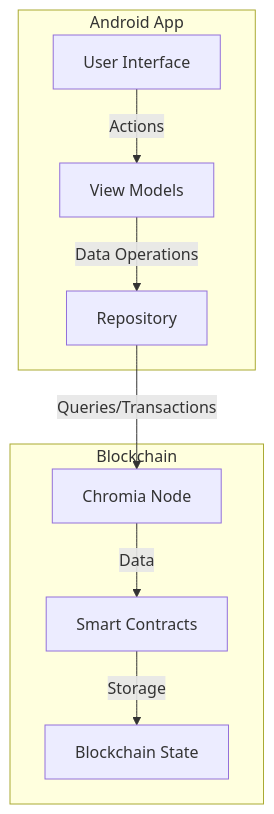
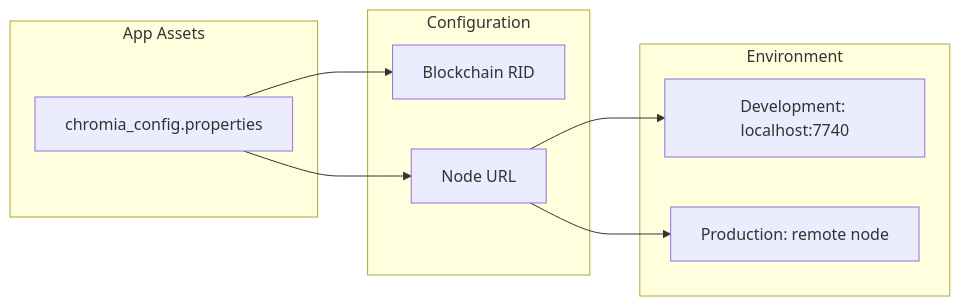
The first of 8 diagrams in README.md (filiksyos/androidtodo), drawn with Mermaid before and after one commit. The commit also changed other lines of this file, not shown here.

````diff
--- a/README.md
+++ b/README.md
@@ -39,14 +82,21 @@
 ```mermaid
-graph TD
-    subgraph Android App
-        A[User Interface] -->|Actions| B[View Models]
-        B -->|Data Operations| C[Repository]
+graph LR
+    subgraph App Assets
+        Config[chromia_config.properties]
     end
-    
-    subgraph Blockchain
-        D[Chromia Node] -->|Data| E[Smart Contracts]
-        E -->|Storage| F[Blockchain State]
+
+    subgraph Configuration
+        BRID[Blockchain RID]
+        URL[Node URL]
     end
-    
-    C -->|Queries/Transactions| D
+
+    subgraph Environment
+        Dev[Development: localhost:7740]
+        Prod[Production: remote node]
+    end
+
+    Config --> BRID
+    Config --> URL
+    URL --> Dev
+    URL --> Prod
 ```
````
